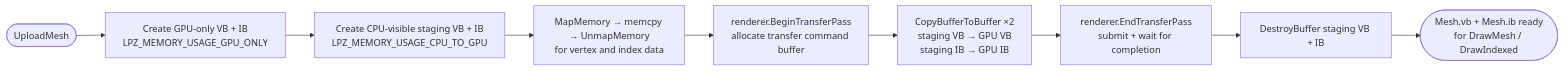
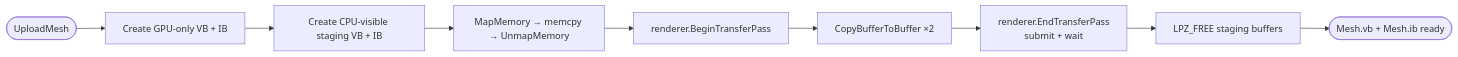
One commit to UlizesR/Lapiz changed diagram 15 of 19 in README.md. Above: the diagram before and after it, drawn with Mermaid. The commit also changed other lines of this file and 12 other files, not shown here.

````diff
--- a/README.md
+++ b/README.md
@@ -780,11 +772,11 @@
 ```mermaid
 flowchart LR
-    UM([UploadMesh]) --> GB[Create GPU-only VB + IB\nLPZ_MEMORY_USAGE_GPU_ONLY]
-    GB --> SB[Create CPU-visible staging VB + IB\nLPZ_MEMORY_USAGE_CPU_TO_GPU]
-    SB --> MAP[MapMemory → memcpy → UnmapMemory\nfor vertex and index data]
-    MAP --> BT[renderer.BeginTransferPass\nallocate transfer command buffer]
-    BT --> COPY[CopyBufferToBuffer ×2\nstaging VB → GPU VB\nstaging IB → GPU IB]
-    COPY --> ET[renderer.EndTransferPass\nsubmit + wait for completion]
-    ET --> FREE[DestroyBuffer staging VB + IB]
-    FREE --> RET([Mesh.vb + Mesh.ib ready\nfor DrawMesh / DrawIndexed])
+    UM([UploadMesh]) --> GB[Create GPU-only VB + IB]
+    GB --> SB[Create CPU-visible staging VB + IB]
+    SB --> MAP[MapMemory → memcpy → UnmapMemory]
+    MAP --> BT[renderer.BeginTransferPass]
+    BT --> COPY[CopyBufferToBuffer ×2]
+    COPY --> ET[renderer.EndTransferPass\nsubmit + wait]
+    ET --> FREE[LPZ_FREE staging buffers]
+    FREE --> RET([Mesh.vb + Mesh.ib ready])
 ```
````
